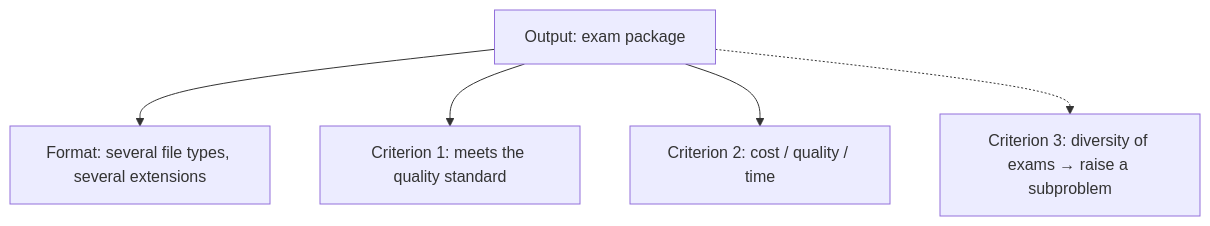
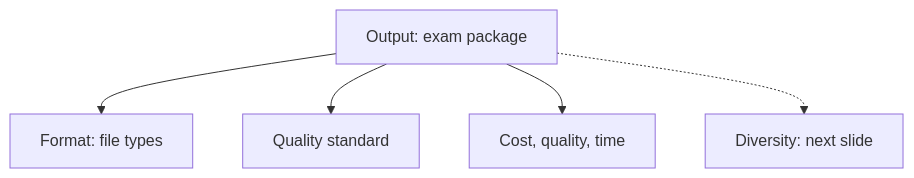
One commit to ndmhuy/ASTRA changed diagram 11 of 16 in docs/ct-slide-plan.en.md. Above: the diagram before and after it, drawn with Mermaid. The commit also changed other lines of this file and 1 other file, not shown here.

First line of the commit message:
docs(slides): apply team review to CT slide plan (v2)

````diff
--- a/docs/ct-slide-plan.en.md
+++ b/docs/ct-slide-plan.en.md
@@ -492,8 +468,8 @@
 ```mermaid
 flowchart TD
     O["Output: exam package"]
-    O --> F["Format: several file types, several extensions"]
-    O --> Q["Criterion 1: meets the quality standard"]
-    O --> C["Criterion 2: cost / quality / time"]
-    O -.-> DV["Criterion 3: diversity of exams → raise a subproblem"]
+    O --> F["Format: file types"]
+    O --> Q["Quality standard"]
+    O --> C["Cost, quality, time"]
+    O -.-> DV["Diversity: next slide"]
 ```
````
